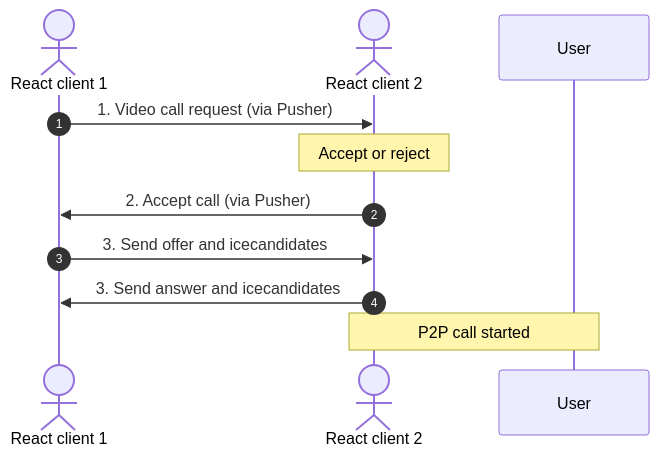
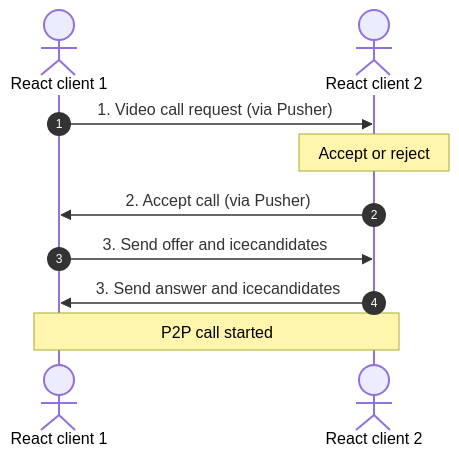
One commit to progssp/open_chat_backend changed the diagram in README.md. Above: the diagram before and after it, drawn with Mermaid.

Commit message:
completed readme

````diff
--- a/README.md
+++ b/README.md
@@ -40,13 +40,13 @@
 ```mermaid
 sequenceDiagram
     autonumber
     actor User1 as React client 1
     actor User2 as React client 2
 
     User1->>User2: 1. Video call request (via Pusher)
     Note over User2: Accept or reject
     User2->>User1: 2. Accept call (via Pusher)
     User1->>User2: 3. Send offer and icecandidates
     User2->>User1: 3. Send answer and icecandidates
-    Note over User, User2: P2P call started
+    Note over User1, User2: P2P call started
 ```
````
